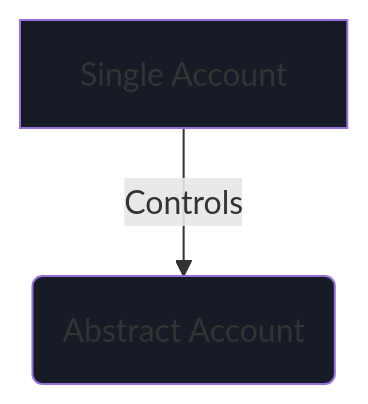
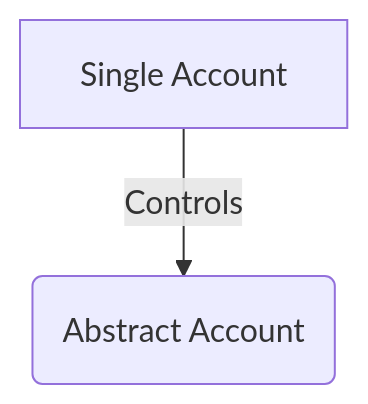
The first of 4 diagrams in framework/docs/src/3_framework/4_ownership.md (AbstractSDK/abstract), drawn with Mermaid before and after one commit. The commit also changed other lines of this file and 5 other files, not shown here.

````diff
--- a/framework/docs/src/3_framework/4_ownership.md
+++ b/framework/docs/src/3_framework/4_ownership.md
@@ -21,6 +21,4 @@
 ```mermaid
 graph TD
     A[Single Account] -->|Controls| B(Abstract Account)
-    style A fill:#161b25
-    style B fill:#161b25
 ```
````
